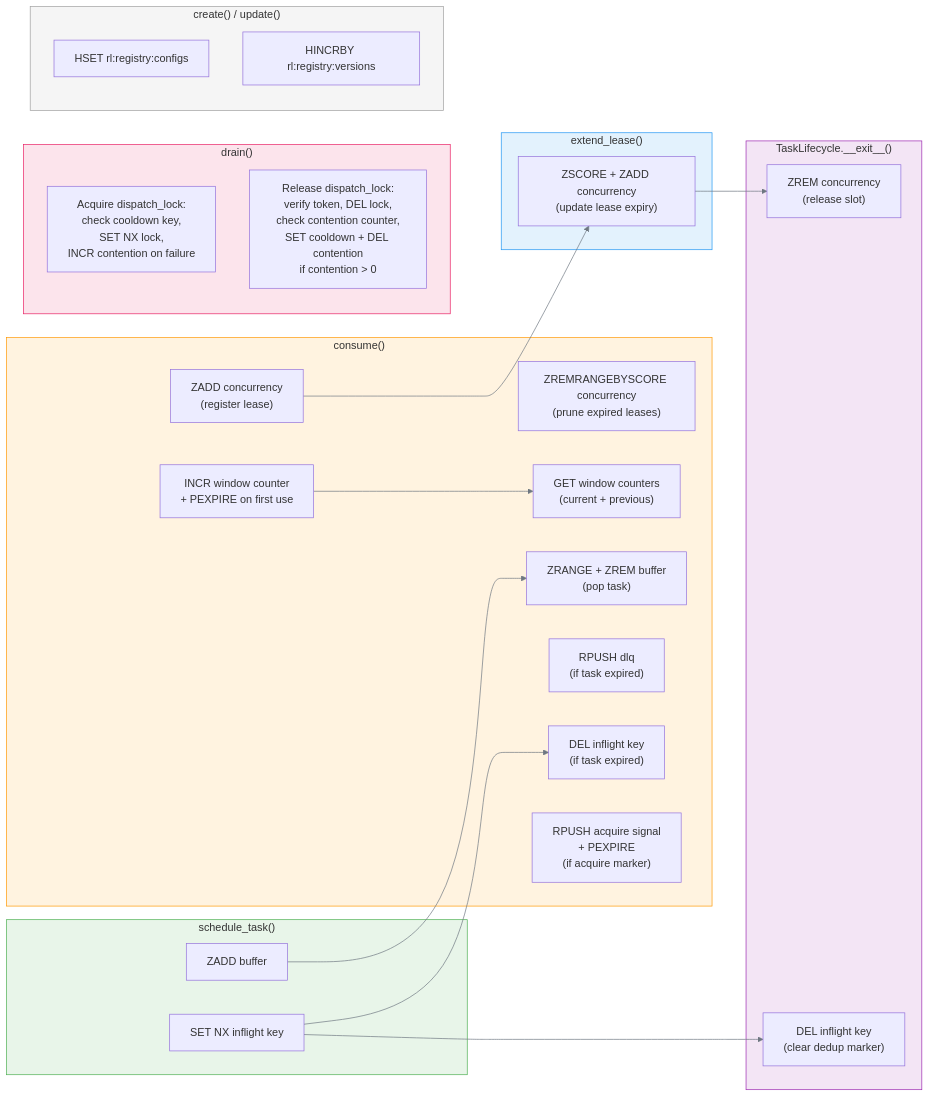
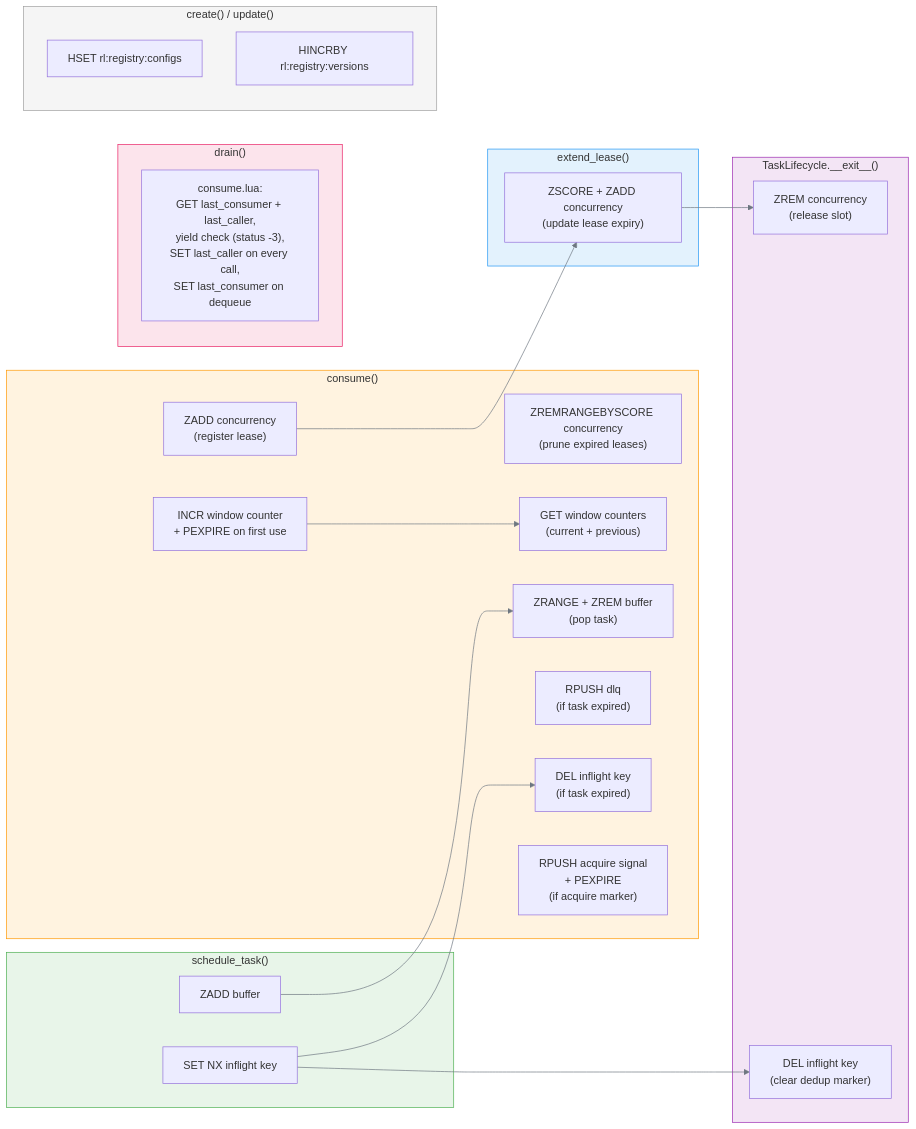
Before and after one commit to melroy999/redis-rate-limiter: the diagram in docs/architecture/redis-keys.md, drawn with Mermaid. The commit also changed other lines of this file and 34 other files, not shown here.

````diff
--- a/docs/architecture/redis-keys.md
+++ b/docs/architecture/redis-keys.md
@@ -26,52 +25,51 @@
 ```mermaid
 %%{init: {"theme": "default", "themeVariables": {"lineColor": "#6e7781"}}}%%
 graph LR
     subgraph Schedule ["schedule_task()"]
         S1["SET NX inflight key"]
         S2["ZADD buffer"]
     end
 
     subgraph Consume ["consume()"]
         C1["ZREMRANGEBYSCORE concurrency<br>(prune expired leases)"]
         C2["GET window counters<br>(current + previous)"]
         C3["ZRANGE + ZREM buffer<br>(pop task)"]
         C4["INCR window counter<br>+ PEXPIRE on first use"]
         C5["ZADD concurrency<br>(register lease)"]
         C6["RPUSH dlq<br>(if task expired)"]
         C7["DEL inflight key<br>(if task expired)"]
         C8["RPUSH acquire signal<br>+ PEXPIRE<br>(if acquire marker)"]
     end
 
     subgraph Renew ["extend_lease()"]
         R1["ZSCORE + ZADD concurrency<br>(update lease expiry)"]
     end
 
     subgraph Complete ["TaskLifecycle.__exit__()"]
         E1["ZREM concurrency<br>(release slot)"]
         E2["DEL inflight key<br>(clear dedup marker)"]
     end
 
     subgraph Drain ["drain()"]
-        D1["Acquire dispatch_lock:<br>check cooldown key,<br>SET NX lock,<br>INCR contention on failure"]
-        D2["Release dispatch_lock:<br>verify token, DEL lock,<br>check contention counter,<br>SET cooldown + DEL contention<br>if contention > 0"]
+        D1["consume.lua:<br>GET last_consumer + last_caller,<br>yield check (status -3),<br>SET last_caller on every call,<br>SET last_consumer on dequeue"]
     end
 
     subgraph Registry ["create() / update()"]
         REG1["HSET rl:registry:configs"]
         REG2["HINCRBY rl:registry:versions"]
     end
 
     S1 --> C7
     S2 --> C3
     C5 --> R1
     R1 --> E1
     S1 --> E2
     C4 --> C2
 
     style Schedule fill:#e8f5e9,stroke:#4CAF50
     style Consume fill:#fff3e0,stroke:#FF9800
     style Renew fill:#e3f2fd,stroke:#2196F3
     style Complete fill:#f3e5f5,stroke:#9C27B0
     style Drain fill:#fce4ec,stroke:#E91E63
     style Registry fill:#f5f5f5,stroke:#9E9E9E
 ```
````
